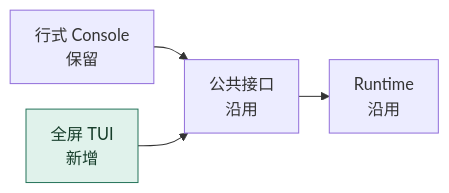
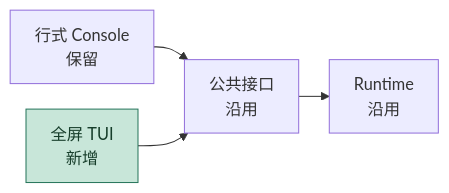
The third of 6 diagrams in docs/2026-10-06-M2.1进度与架构图.md (13776578253-glitch/1002bot), drawn with Mermaid before and after one commit. The commit also changed other lines of this file and 3 other files, not shown here.

First line of the commit message:
docs: align overview diagrams across M2.1 M3.0 and M3.1

````diff
--- a/docs/2026-10-06-M2.1进度与架构图.md
+++ b/docs/2026-10-06-M2.1进度与架构图.md
@@ -68,9 +70,9 @@
 ```mermaid
 %%{init: {"flowchart": {"padding": 12, "nodeSpacing": 25, "rankSpacing": 30}}}%%
 flowchart LR
   L[行式 Console<br/>保留] --> I[公共接口<br/>沿用]
   T[全屏 TUI<br/>新增] --> I
   I --> R[Runtime<br/>沿用]
-  classDef added fill:#e0f2eb,stroke:#28765c,color:#163d2a;
+  classDef added fill:#c8e6d9,stroke:#28765c,color:#163d2a;
   class T added;
 ```
````
